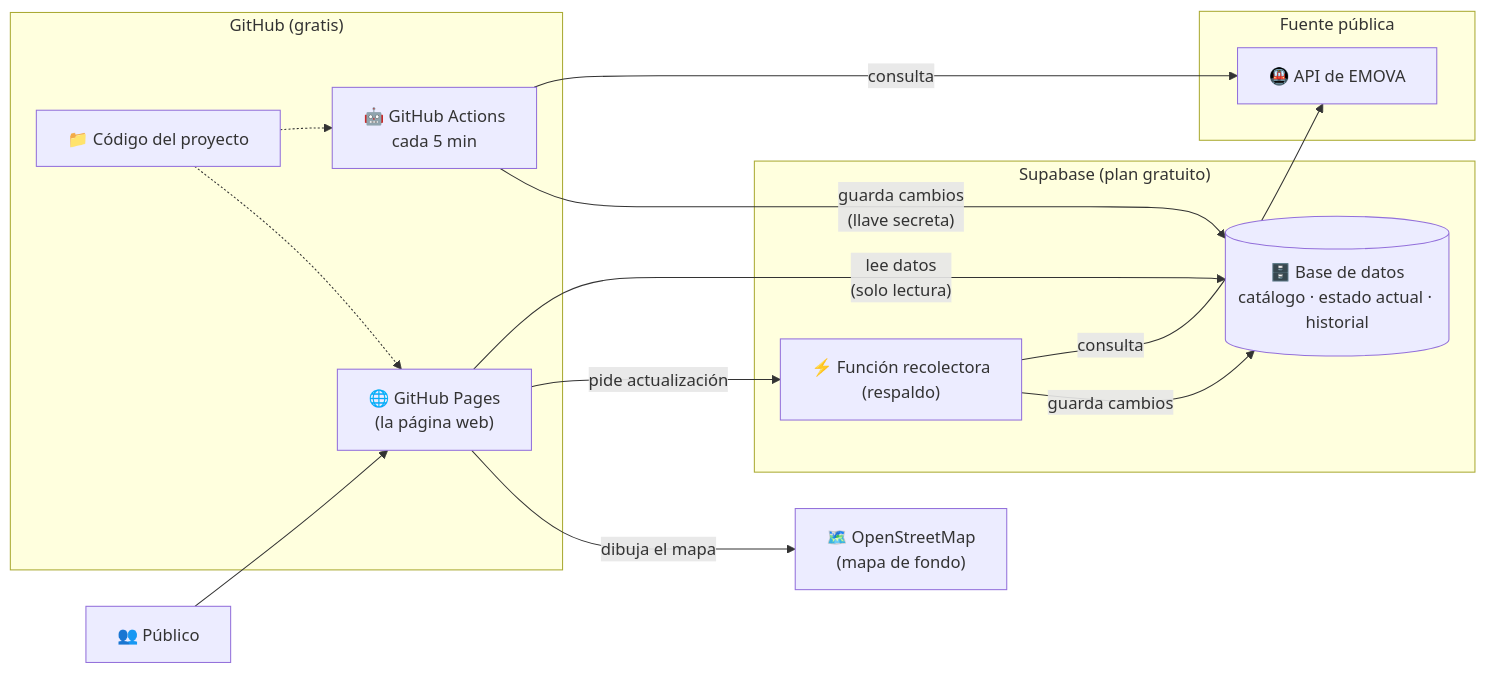
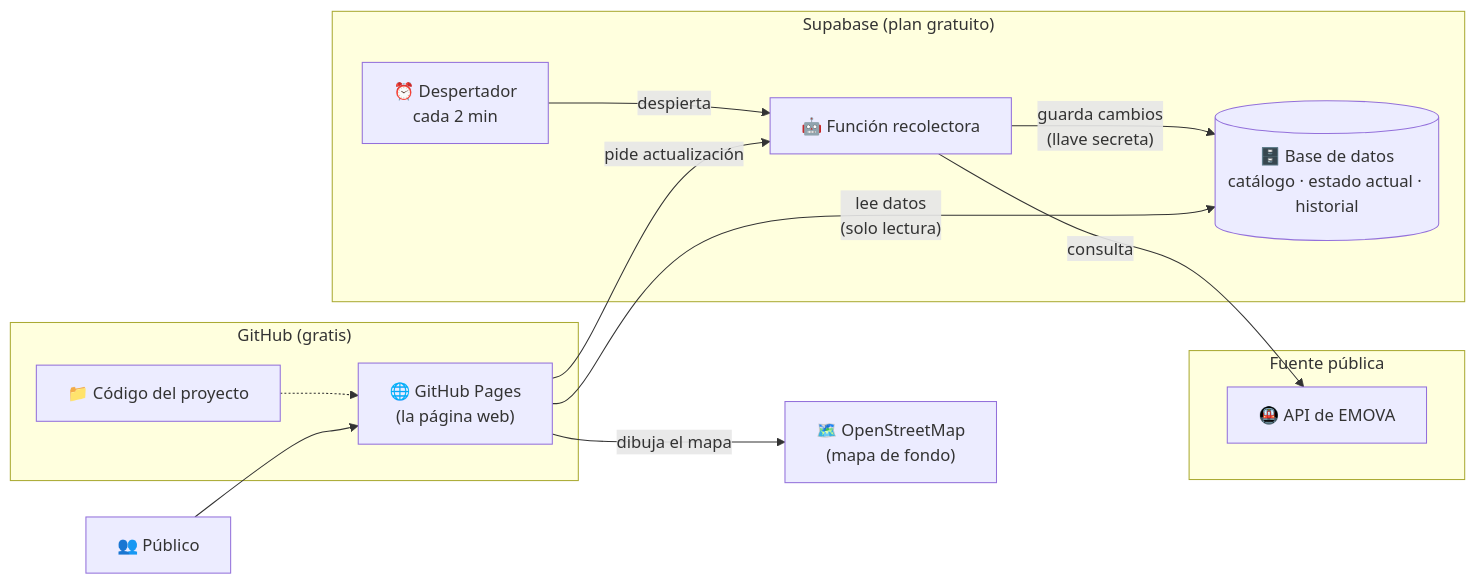
One commit to juanfere/accesibilidad_subte changed the sixth of 6 diagrams in README_no_tecnico.md. Above: the diagram before and after it, drawn with Mermaid. The commit also changed other lines of this file and 1 other file, not shown here.

````diff
--- a/README_no_tecnico.md
+++ b/README_no_tecnico.md
@@ -228,31 +227,29 @@
 ```mermaid
 flowchart LR
     subgraph Internet_publico["Fuente pública"]
         EMOVA["🚇 API de EMOVA"]
     end
 
+    subgraph Supabase["Supabase (plan gratuito)"]
+        CRON["⏰ Despertador<br/>cada 2 min"]
+        FN["🤖 Función recolectora"]
+        DB[("🗄️ Base de datos<br/>catálogo · estado actual · historial")]
+    end
+
     subgraph GitHub["GitHub (gratis)"]
         CODE["📁 Código del proyecto"]
-        GA["🤖 GitHub Actions<br/>cada 5 min"]
         GP["🌐 GitHub Pages<br/>(la página web)"]
-    end
-
-    subgraph Supabase["Supabase (plan gratuito)"]
-        FN["⚡ Función recolectora<br/>(respaldo)"]
-        DB[("🗄️ Base de datos<br/>catálogo · estado actual · historial")]
     end
 
     OSM["🗺️ OpenStreetMap<br/>(mapa de fondo)"]
     USER["👥 Público"]
 
-    CODE -.-> GA
+    CRON -- "despierta" --> FN
+    FN -- "consulta" --> EMOVA
+    FN -- "guarda cambios<br/>(llave secreta)" --> DB
     CODE -.-> GP
-    GA -- "consulta" --> EMOVA
-    GA -- "guarda cambios<br/>(llave secreta)" --> DB
-    FN -- "consulta" --> EMOVA
-    FN -- "guarda cambios" --> DB
     USER --> GP
     GP -- "lee datos<br/>(solo lectura)" --> DB
     GP -- "pide actualización" --> FN
     GP -- "dibuja el mapa" --> OSM
 ```
````
